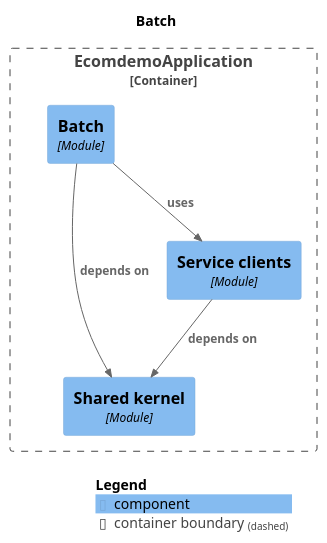
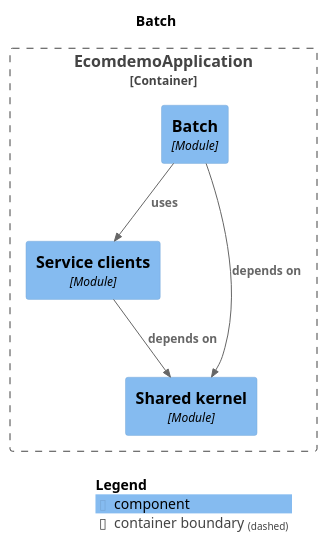
One commit to mr-sujay-patil/ecomdemo changed the diagram in docs/modules/module-batch.puml. Above: the diagram before and after it, drawn with PlantUML. The commit also changed other lines of this file and 52 other files, not shown here.

```diff
--- a/docs/modules/module-batch.puml
+++ b/docs/modules/module-batch.puml
@@ -1,22 +1,22 @@
 @startuml
 set separator none
 title Batch
 
 top to bottom direction
 
 !include <C4/C4>
 !include <C4/C4_Context>
 !include <C4/C4_Component>
 
 Container_Boundary("EcomdemoApplication.EcomdemoApplication_boundary", "EcomdemoApplication", $tags="") {
+  Component(EcomdemoApplication.EcomdemoApplication.Serviceclients, "Service clients", $techn="Module", $descr="", $tags="", $link="")
   Component(EcomdemoApplication.EcomdemoApplication.Batch, "Batch", $techn="Module", $descr="", $tags="", $link="")
   Component(EcomdemoApplication.EcomdemoApplication.Sharedkernel, "Shared kernel", $techn="Module", $descr="", $tags="", $link="")
-  Component(EcomdemoApplication.EcomdemoApplication.Serviceclients, "Service clients", $techn="Module", $descr="", $tags="", $link="")
 }
 
 Rel(EcomdemoApplication.EcomdemoApplication.Batch, EcomdemoApplication.EcomdemoApplication.Serviceclients, "uses", $techn="", $tags="", $link="")
 Rel(EcomdemoApplication.EcomdemoApplication.Batch, EcomdemoApplication.EcomdemoApplication.Sharedkernel, "depends on", $techn="", $tags="", $link="")
 Rel(EcomdemoApplication.EcomdemoApplication.Serviceclients, EcomdemoApplication.EcomdemoApplication.Sharedkernel, "depends on", $techn="", $tags="", $link="")
 
 SHOW_LEGEND(true)
 @enduml
```
